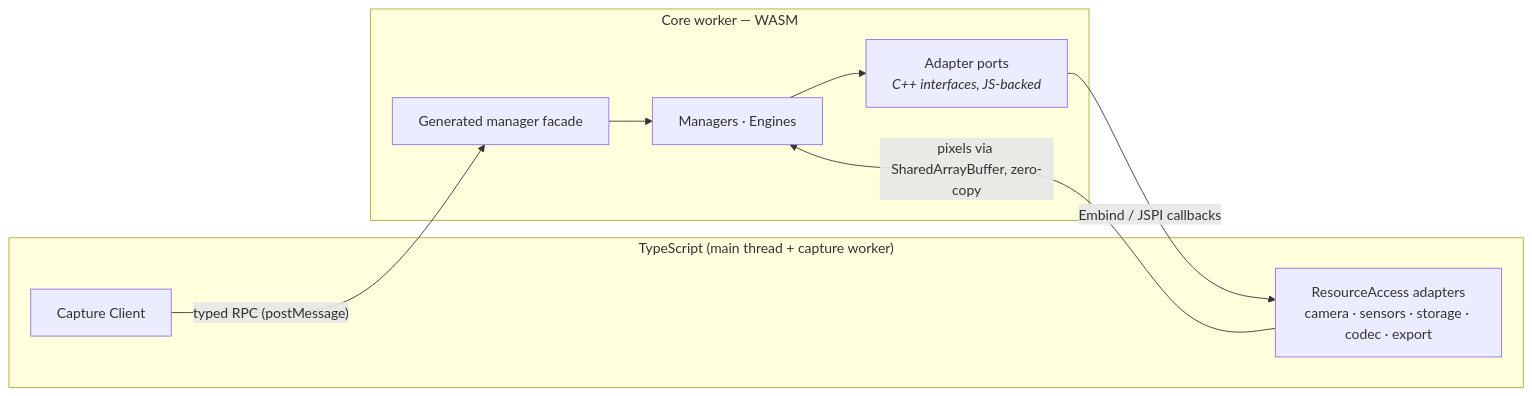
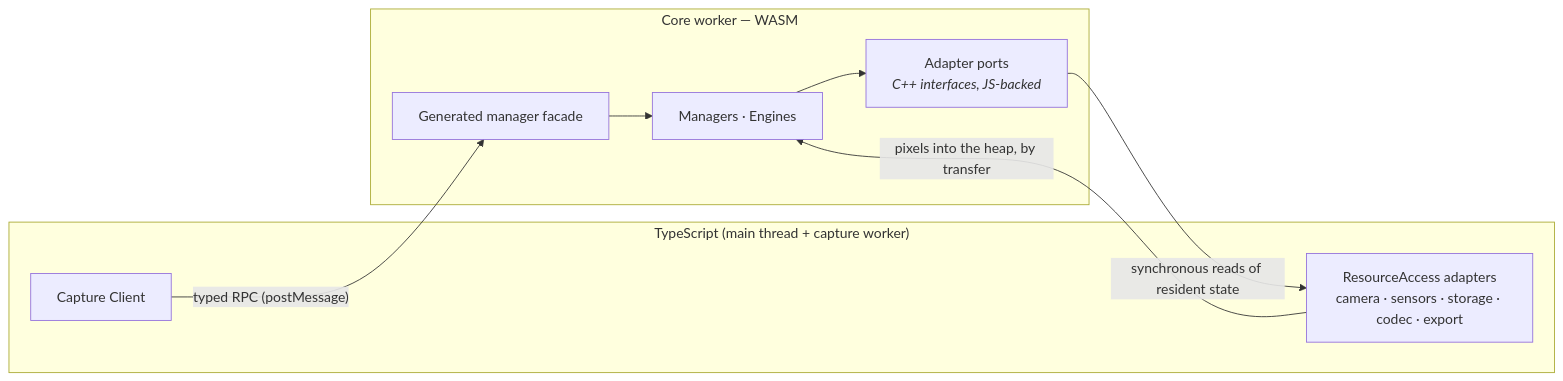
Before and after one commit to h3ll5ur7er/sphanorama: the second of 4 diagrams in docs/03-architecture.md, drawn with Mermaid. The commit also changed other lines of this file and 4 other files, not shown here.

````diff
--- a/docs/03-architecture.md
+++ b/docs/03-architecture.md
@@ -190,17 +190,17 @@
 ```mermaid
 flowchart LR
   subgraph JS["TypeScript (main thread + capture worker)"]
     UI["Capture Client"]
     AD["ResourceAccess adapters<br/>camera · sensors · storage · codec · export"]
   end
   subgraph W["Core worker — WASM"]
     FA["Generated manager facade"]
     CORE["Managers · Engines"]
     PORT["Adapter ports<br/><i>C++ interfaces, JS-backed</i>"]
   end
   UI -- "typed RPC (postMessage)" --> FA
   FA --> CORE
   CORE --> PORT
-  PORT -- "Embind / JSPI callbacks" --> AD
-  AD -- "pixels via SharedArrayBuffer, zero-copy" --> CORE
+  PORT -- "synchronous reads of resident state" --> AD
+  AD -- "pixels into the heap, by transfer" --> CORE
 ```
````
